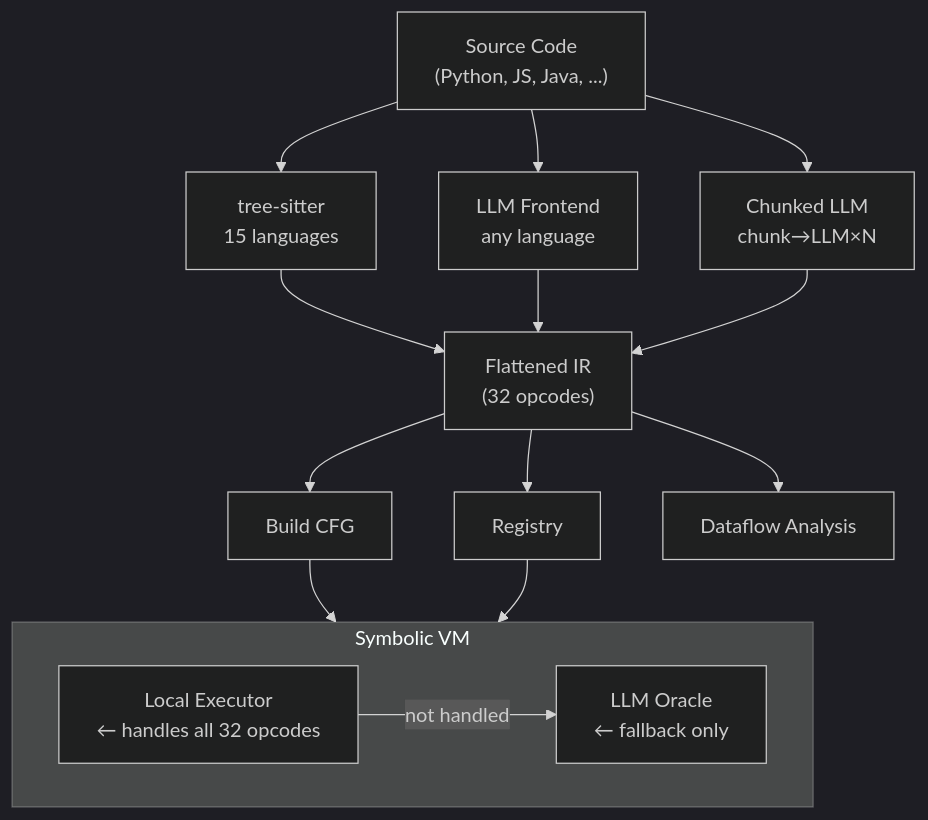
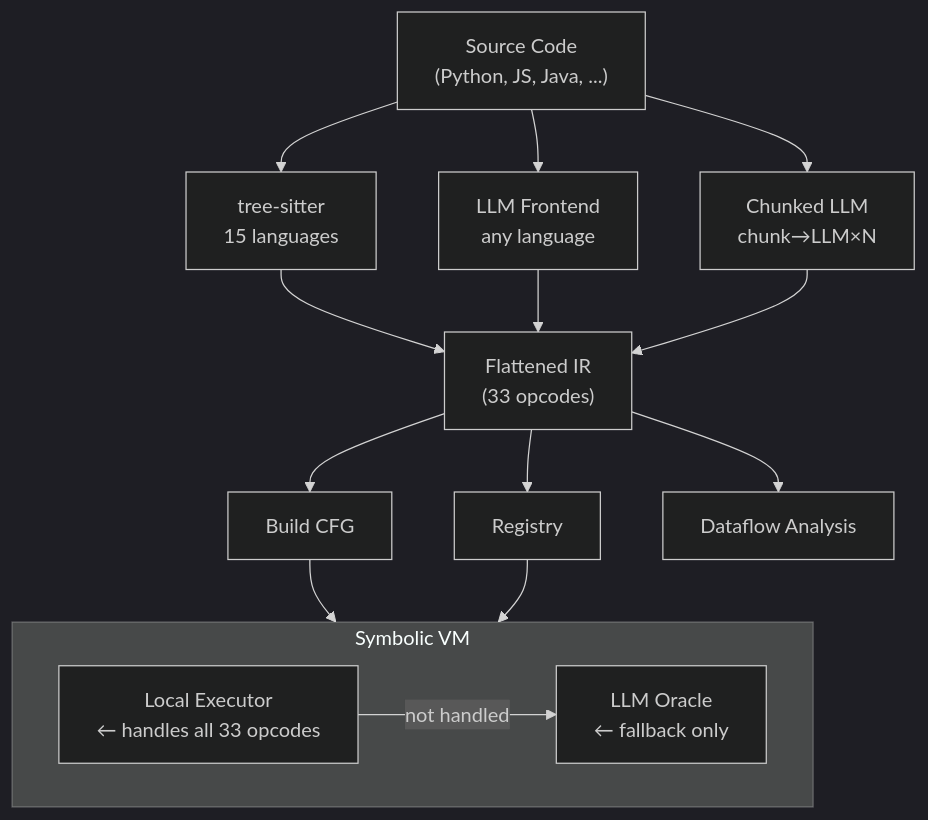
One commit to avishek-sen-gupta/red-dragon changed the first of 5 diagrams in docs/notes-on-vm-design.md. Above: the diagram before and after it, drawn with Mermaid (dark theme). The commit also changed other lines of this file and 6 other files, not shown here.

````diff
--- a/docs/notes-on-vm-design.md
+++ b/docs/notes-on-vm-design.md
@@ -34,24 +34,24 @@
 ```mermaid
 flowchart TD
     src["Source Code\n(Python, JS, Java, ...)"]
     ts["tree-sitter\n15 languages"]
     llm["LLM Frontend\nany language"]
     chunked["Chunked LLM\nchunk→LLM×N"]
-    ir["Flattened IR\n(32 opcodes)"]
+    ir["Flattened IR\n(33 opcodes)"]
     cfg["Build CFG"]
     reg["Registry"]
     df["Dataflow Analysis"]
 
     src --> ts & llm & chunked
     ts & llm & chunked --> ir
     ir --> cfg & reg & df
 
     subgraph VM ["Symbolic VM"]
-        exec["Local Executor\n← handles all 32 opcodes"]
+        exec["Local Executor\n← handles all 33 opcodes"]
         oracle["LLM Oracle\n← fallback only"]
         exec -- "not handled" --> oracle
     end
 
     cfg --> VM
     reg --> VM
 ```
````
